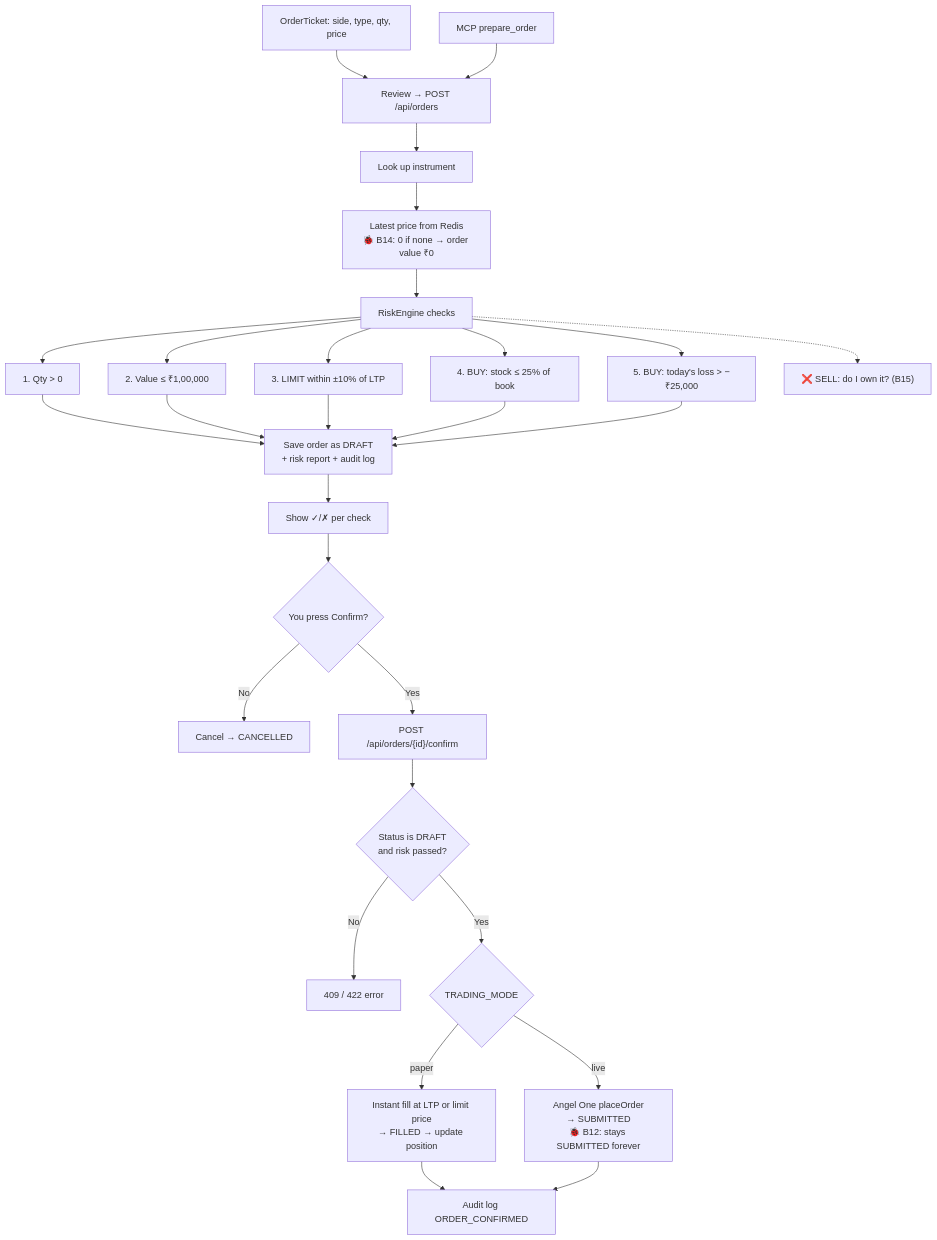
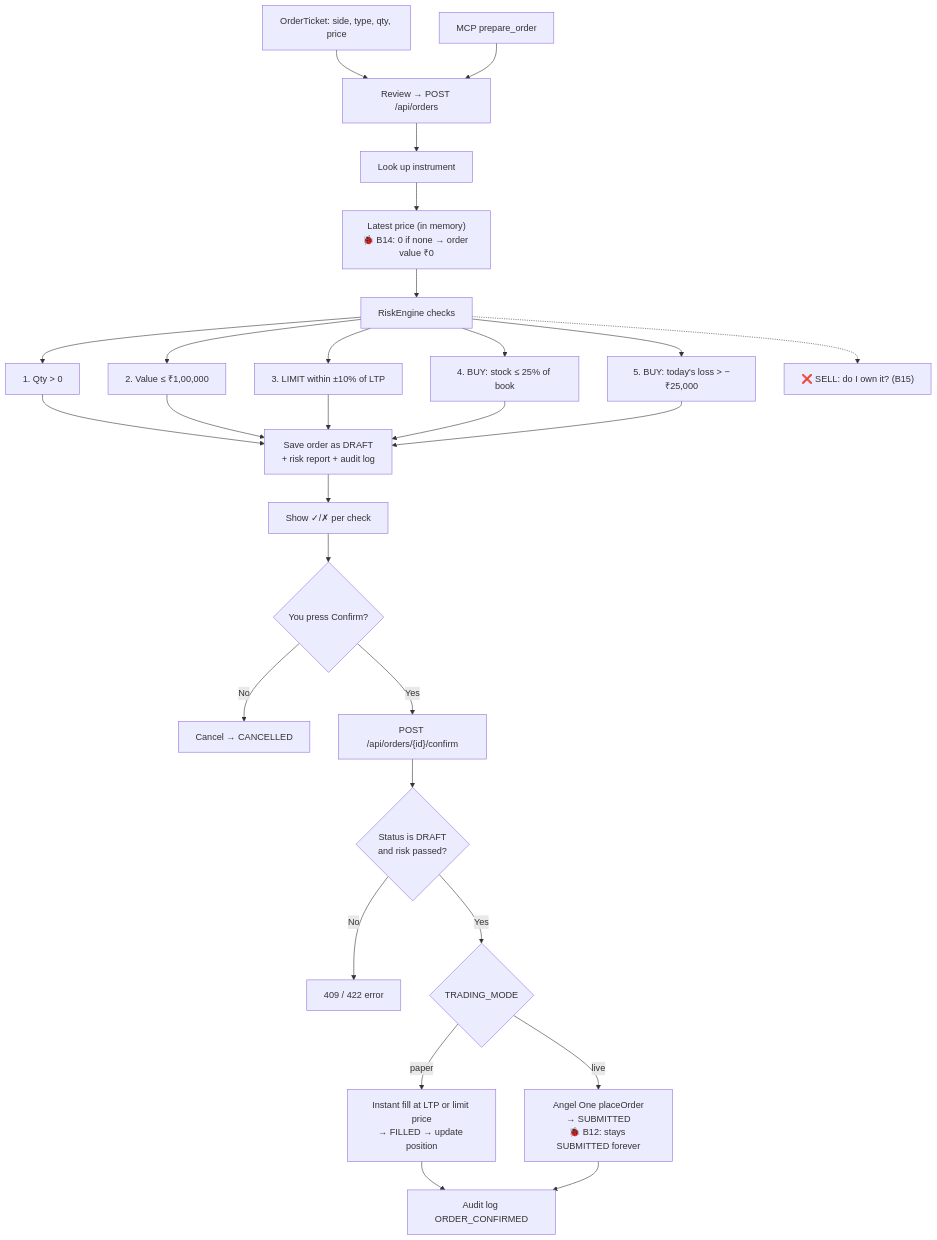
One commit to letscodeshivansh/EaseTrading changed the tenth of 15 diagrams in docs/PROJECT_FLOW.md. Above: the diagram before and after it, drawn with Mermaid. The commit also changed other lines of this file and 1 other file, not shown here.

````diff
--- a/docs/PROJECT_FLOW.md
+++ b/docs/PROJECT_FLOW.md
@@ -447,26 +419,26 @@
 ```mermaid
 flowchart TD
     T["OrderTicket: side, type, qty, price"] --> R["Review → POST /api/orders"]
     MCPD["MCP prepare_order"] --> R
     R --> D1["Look up instrument"]
-    D1 --> D2["Latest price from Redis<br/>🐞 B14: 0 if none → order value ₹0"]
+    D1 --> D2["Latest price (in memory)<br/>🐞 B14: 0 if none → order value ₹0"]
     D2 --> RK["RiskEngine checks"]
     RK --> C1["1. Qty > 0"]
     RK --> C2["2. Value ≤ ₹1,00,000"]
     RK --> C3["3. LIMIT within ±10% of LTP"]
     RK --> C4["4. BUY: stock ≤ 25% of book"]
     RK --> C5["5. BUY: today's loss > −₹25,000"]
     RK -.-> C6["❌ SELL: do I own it? (B15)"]
     C1 & C2 & C3 & C4 & C5 --> SV["Save order as DRAFT<br/>+ risk report + audit log"]
     SV --> SH["Show ✓/✗ per check"]
     SH --> Q{"You press Confirm?"}
     Q -- No --> X["Cancel → CANCELLED"]
     Q -- Yes --> CF["POST /api/orders/{id}/confirm"]
     CF --> G1{"Status is DRAFT<br/>and risk passed?"}
     G1 -- No --> ERR["409 / 422 error"]
     G1 -- Yes --> EX{"TRADING_MODE"}
     EX -- paper --> PF["Instant fill at LTP or limit price<br/>→ FILLED → update position"]
     EX -- live --> LF["Angel One placeOrder<br/>→ SUBMITTED<br/>🐞 B12: stays SUBMITTED forever"]
     PF --> AU["Audit log ORDER_CONFIRMED"]
     LF --> AU
 ```
````
